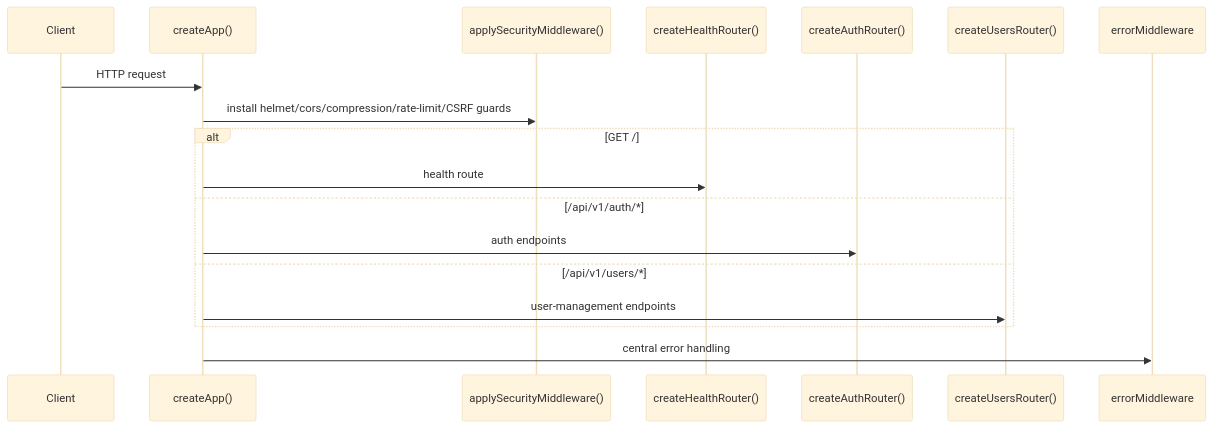
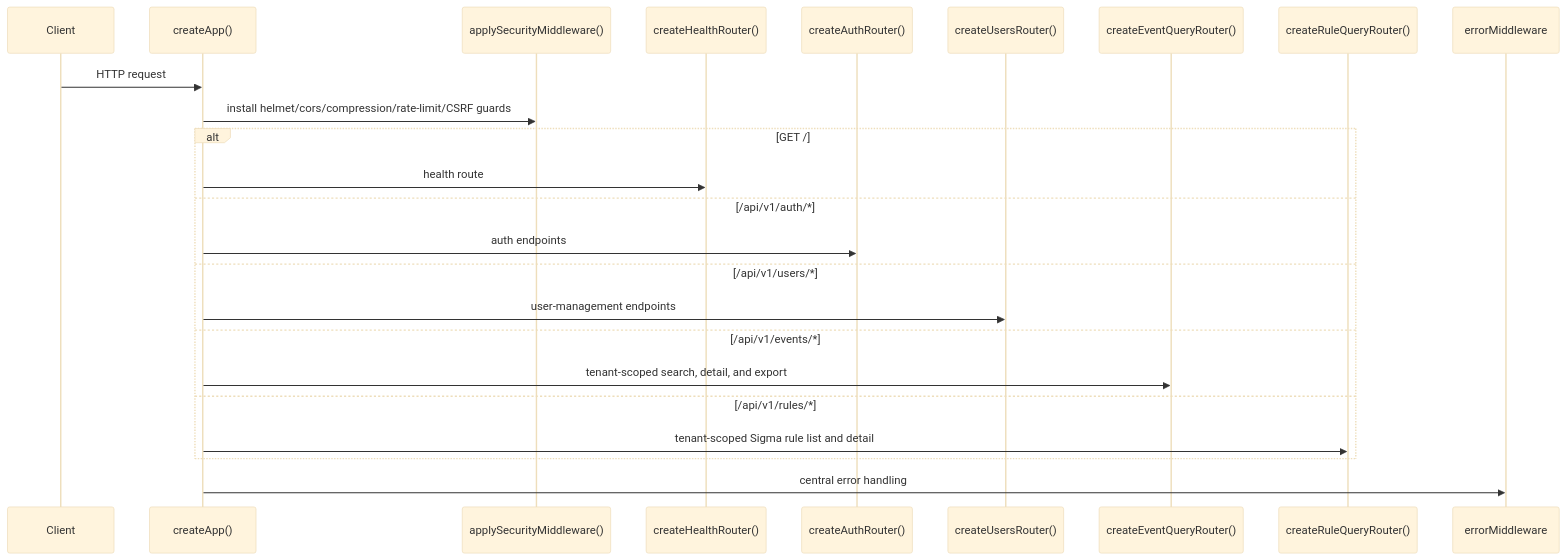
Before and after one commit to abhaykapale/Trivikrama: the third of 4 diagrams in backend/ARCHITECTURE.md, drawn with Mermaid (base theme). The commit also changed other lines of this file and 180 other files, not shown here.

````diff
--- a/backend/ARCHITECTURE.md
+++ b/backend/ARCHITECTURE.md
@@ -71,21 +80,27 @@
 ```mermaid
 sequenceDiagram
     participant Client
     participant App as createApp()
     participant Security as applySecurityMiddleware()
     participant Health as createHealthRouter()
     participant Auth as createAuthRouter()
     participant Users as createUsersRouter()
+    participant Events as createEventQueryRouter()
+    participant Rules as createRuleQueryRouter()
     participant Error as errorMiddleware
 
     Client->>App: HTTP request
     App->>Security: install helmet/cors/compression/rate-limit/CSRF guards
     alt GET /
         App->>Health: health route
     else /api/v1/auth/*
         App->>Auth: auth endpoints
     else /api/v1/users/*
         App->>Users: user-management endpoints
+    else /api/v1/events/*
+        App->>Events: tenant-scoped search, detail, and export
+    else /api/v1/rules/*
+        App->>Rules: tenant-scoped Sigma rule list and detail
     end
     App->>Error: central error handling
 ```
````
